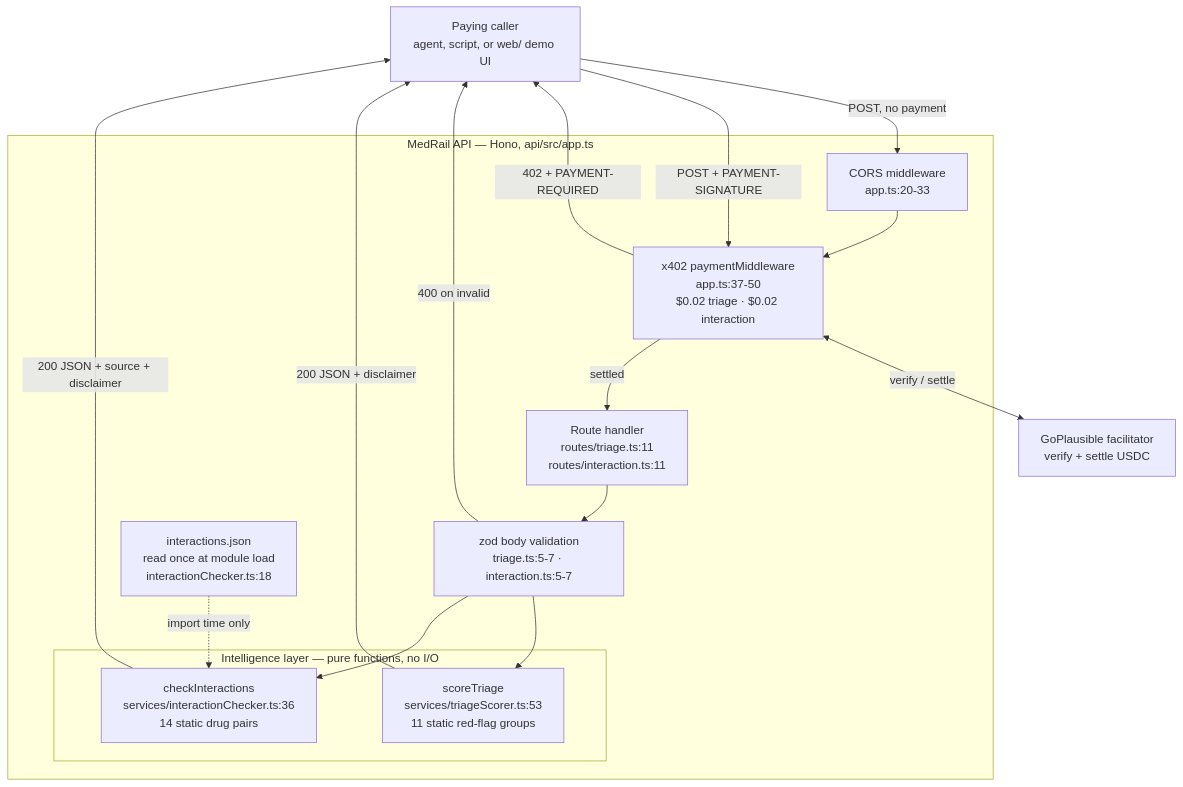
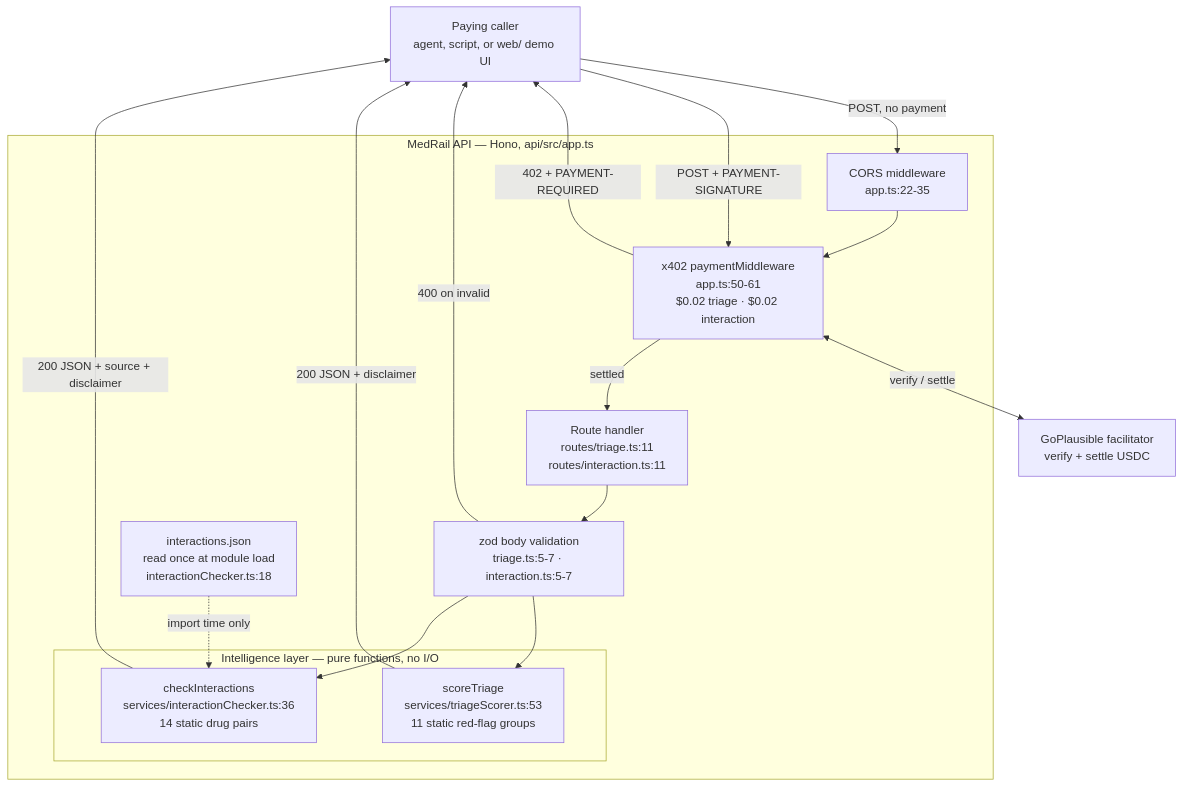
The diagram in docs/09_Intelligence_Layer/Intelligence_Architecture.md (Hydra-Of-Malice/Medrail), drawn with Mermaid before and after one commit. The commit also changed other lines of this file and 77 other files, not shown here.

````diff
--- a/docs/09_Intelligence_Layer/Intelligence_Architecture.md
+++ b/docs/09_Intelligence_Layer/Intelligence_Architecture.md
@@ -31,34 +31,34 @@
 ```mermaid
 flowchart TD
     Agent["Paying caller<br/>agent, script, or web/ demo UI"]
 
     subgraph API["MedRail API — Hono, api/src/app.ts"]
-      CORS["CORS middleware<br/>app.ts:20-33"]
-      X402["x402 paymentMiddleware<br/>app.ts:37-50<br/>$0.02 triage · $0.02 interaction"]
+      CORS["CORS middleware<br/>app.ts:22-35"]
+      X402["x402 paymentMiddleware<br/>app.ts:50-61<br/>$0.02 triage · $0.02 interaction"]
       RT["Route handler<br/>routes/triage.ts:11<br/>routes/interaction.ts:11"]
       ZOD["zod body validation<br/>triage.ts:5-7 · interaction.ts:5-7"]
 
       subgraph INTEL["Intelligence layer — pure functions, no I/O"]
         TS["scoreTriage<br/>services/triageScorer.ts:53<br/>11 static red-flag groups"]
         IC["checkInteractions<br/>services/interactionChecker.ts:36<br/>14 static drug pairs"]
       end
 
       JSON["interactions.json<br/>read once at module load<br/>interactionChecker.ts:18"]
     end
 
     FAC["GoPlausible facilitator<br/>verify + settle USDC"]
 
     Agent -->|"POST, no payment"| CORS
     CORS --> X402
     X402 -->|"402 + PAYMENT-REQUIRED"| Agent
     Agent -->|"POST + PAYMENT-SIGNATURE"| X402
     X402 <-->|"verify / settle"| FAC
     X402 -->|"settled"| RT
     RT --> ZOD
     ZOD -->|"400 on invalid"| Agent
     ZOD --> TS
     ZOD --> IC
     JSON -.->|"import time only"| IC
     TS -->|"200 JSON + disclaimer"| Agent
     IC -->|"200 JSON + source + disclaimer"| Agent
 ```
````
